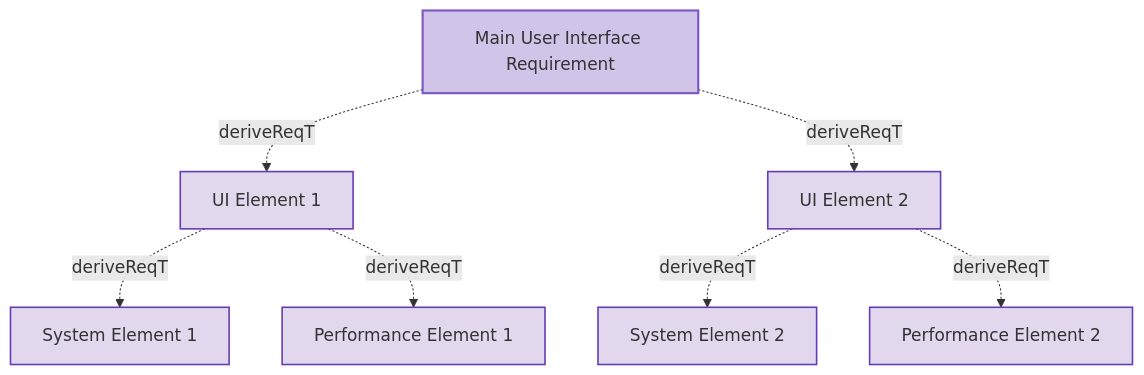
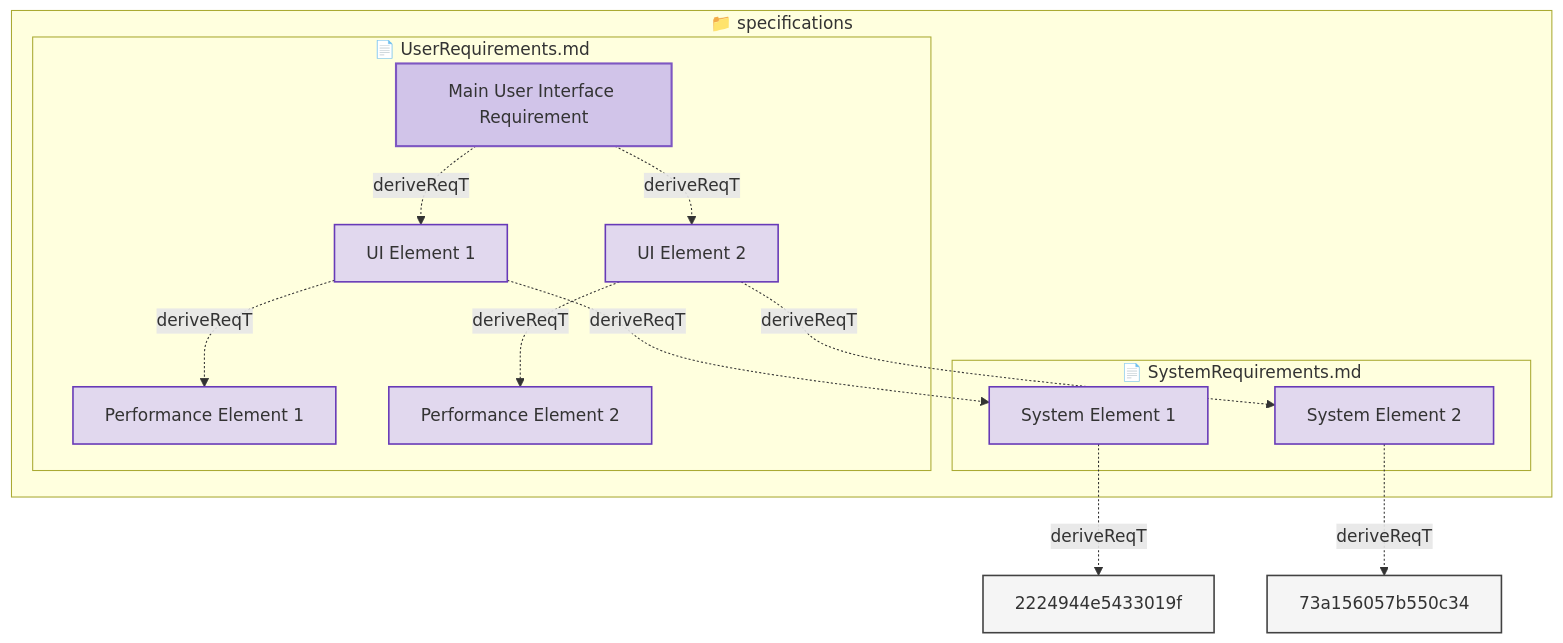
Before and after one commit to reqvire-org/reqvire: the first of 3 diagrams in tests/test-diagram-generation/expected/UserRequirements.md, drawn with Mermaid. The commit also changed 16 other files, not shown here.

First line of the commit message:
Add containment structure to all mermaid diagrams

````diff
--- a/tests/test-diagram-generation/expected/UserRequirements.md
+++ b/tests/test-diagram-generation/expected/UserRequirements.md
@@ -3,37 +3,47 @@
 ```mermaid
 graph TD;
   %% REQVIRE-AUTOGENERATED-DIAGRAM
   %% Graph styling
   classDef userRequirement fill:#D1C4E9,stroke:#7E57C2,stroke-width:2px;
   classDef systemRequirement fill:#E1D8EE,stroke:#673AB7,stroke-width:1.5px;
   classDef verification fill:#DCEDC8,stroke:#4CAF50,stroke-width:2px;
+  classDef folder fill:#FAFAFA,stroke:#9E9E9E,stroke-width:3px;
+  classDef file fill:#FFF8E1,stroke:#FFCA28,stroke-width:2px;
   classDef default fill:#F5F5F5,stroke:#424242,stroke-width:1.5px;
 
-  2c73cbd2f2a63974["Main User Interface Requirement"];
-  class 2c73cbd2f2a63974 userRequirement;
-  click 2c73cbd2f2a63974 "UserRequirements.md#main-user-interface-requirement";
-  d9cb537853e8286f["UI Element 1"];
-  class d9cb537853e8286f systemRequirement;
-  click d9cb537853e8286f "UserRequirements.md#ui-element-1";
+  subgraph b4c308bac4df6d65["📁 specifications"]
+    subgraph d76ffb0335b04f31["📄 SystemRequirements.md"]
+      7f2b10e005eeec75["System Element 1"];
+      class 7f2b10e005eeec75 systemRequirement;
+      click 7f2b10e005eeec75 "SystemRequirements.md#system-element-1";
+      d0a7d2972d10f70a["System Element 2"];
+      class d0a7d2972d10f70a systemRequirement;
+      click d0a7d2972d10f70a "SystemRequirements.md#system-element-2";
+    end
+    subgraph c057e38f409f215b["📄 UserRequirements.md"]
+      2c73cbd2f2a63974["Main User Interface Requirement"];
+      class 2c73cbd2f2a63974 userRequirement;
+      click 2c73cbd2f2a63974 "UserRequirements.md#main-user-interface-requirement";
+      f4c9118eafeb9203["Performance Element 1"];
+      class f4c9118eafeb9203 systemRequirement;
+      click f4c9118eafeb9203 "UserRequirements.md#performance-element-1";
+      b3c9118eafeb9203["Performance Element 2"];
+      class b3c9118eafeb9203 systemRequirement;
+      click b3c9118eafeb9203 "UserRequirements.md#performance-element-2";
+      d9cb537853e8286f["UI Element 1"];
+      class d9cb537853e8286f systemRequirement;
+      click d9cb537853e8286f "UserRequirements.md#ui-element-1";
+      e5550e52de8208b0["UI Element 2"];
+      class e5550e52de8208b0 systemRequirement;
+      click e5550e52de8208b0 "UserRequirements.md#ui-element-2";
+    end
+  end
   2c73cbd2f2a63974 -.->|deriveReqT| d9cb537853e8286f;
-  e5550e52de8208b0["UI Element 2"];
-  class e5550e52de8208b0 systemRequirement;
-  click e5550e52de8208b0 "UserRequirements.md#ui-element-2";
   2c73cbd2f2a63974 -.->|deriveReqT| e5550e52de8208b0;
-  f4c9118eafeb9203["Performance Element 1"];
-  class f4c9118eafeb9203 systemRequirement;
-  click f4c9118eafeb9203 "UserRequirements.md#performance-element-1";
-  b3c9118eafeb9203["Performance Element 2"];
-  class b3c9118eafeb9203 systemRequirement;
-  click b3c9118eafeb9203 "UserRequirements.md#performance-element-2";
-  7f2b10e005eeec75["System Element 1"];
-  class 7f2b10e005eeec75 systemRequirement;
-  click 7f2b10e005eeec75 "SystemRequirements.md#system-element-1";
   d9cb537853e8286f -.->|deriveReqT| 7f2b10e005eeec75;
   d9cb537853e8286f -.->|deriveReqT| f4c9118eafeb9203;
-  d0a7d2972d10f70a["System Element 2"];
-  class d0a7d2972d10f70a systemRequirement;
-  click d0a7d2972d10f70a "SystemRequirements.md#system-element-2";
   e5550e52de8208b0 -.->|deriveReqT| d0a7d2972d10f70a;
   e5550e52de8208b0 -.->|deriveReqT| b3c9118eafeb9203;
+  7f2b10e005eeec75 -.->|deriveReqT| 2224944e5433019f;
+  d0a7d2972d10f70a -.->|deriveReqT| 73a156057b550c34;
 ```
````
